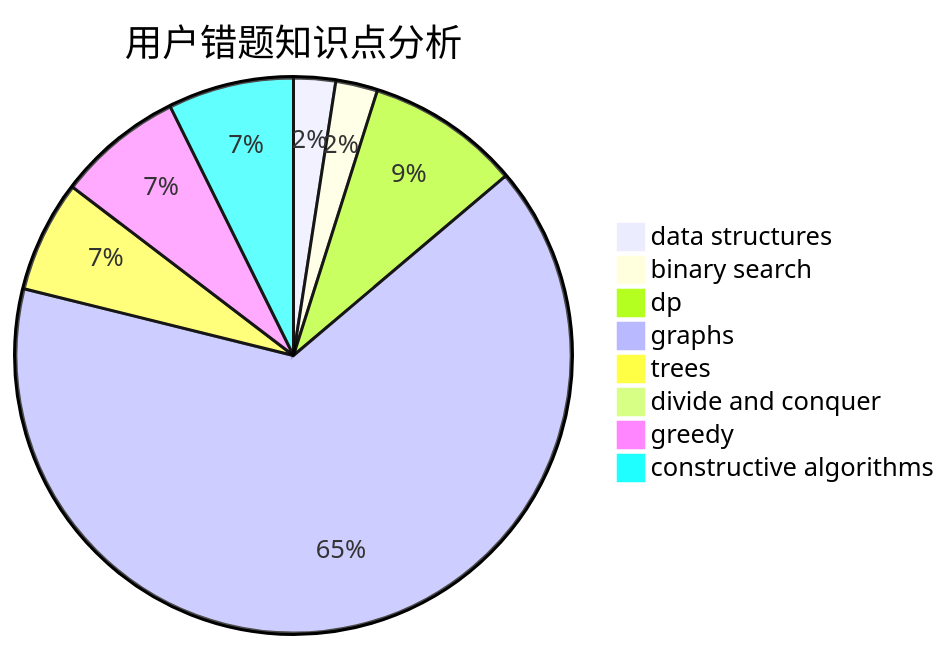
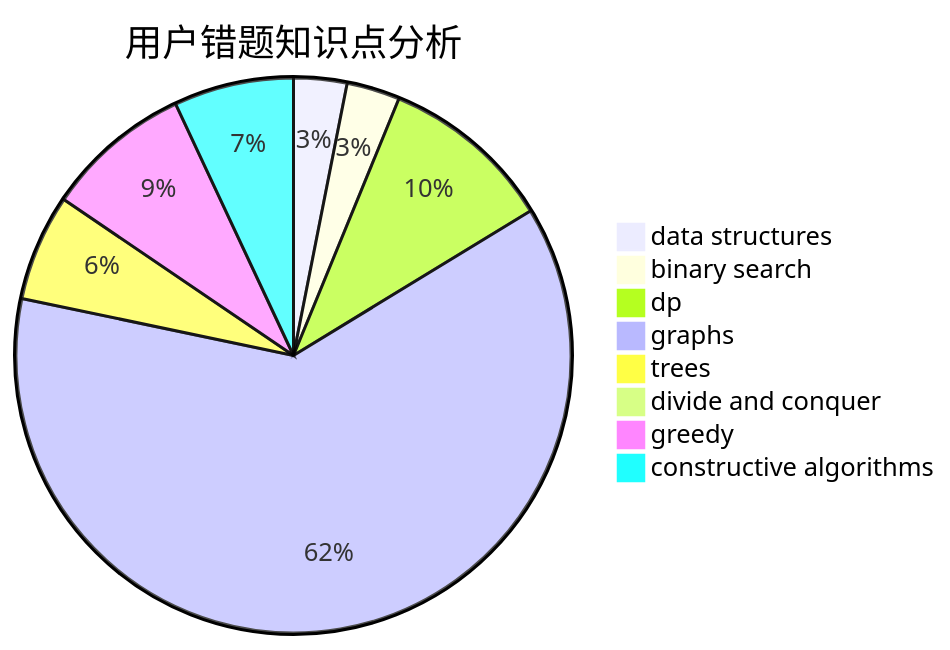
The third of 3 diagrams in docs/user/u2686.md (sherpahu/cfrs.github.io), drawn with Mermaid before and after one commit. The commit also changed other lines of this file and 2770 other files, not shown here.

````diff
--- a/docs/user/u2686.md
+++ b/docs/user/u2686.md
@@ -36,11 +36,11 @@
 ```mermaid
 pie title 用户错题知识点分析
-    "data structures" :  3
-    "binary search" :  3
-    "dp" :  11
+    "data structures" :  4
+    "binary search" :  4
+    "dp" :  13
     "graphs" :  80
     "trees" :  8
     "divide and conquer" :  0
-    "greedy" :  9
+    "greedy" :  11
     "constructive algorithms" :  9
 ```
````
